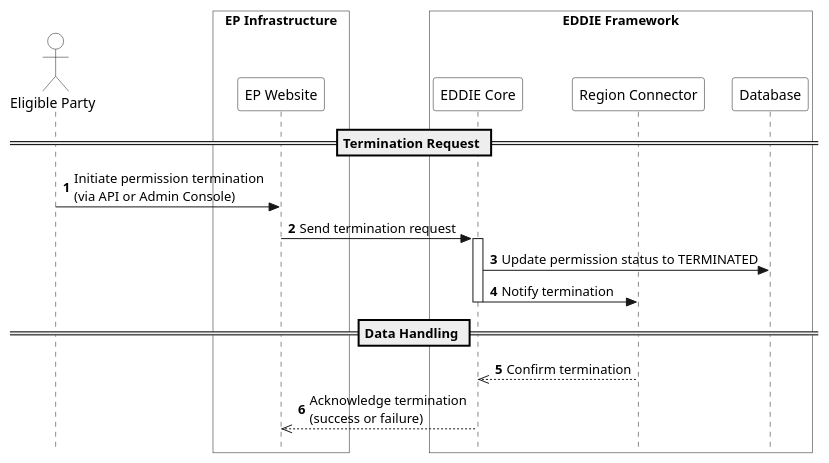
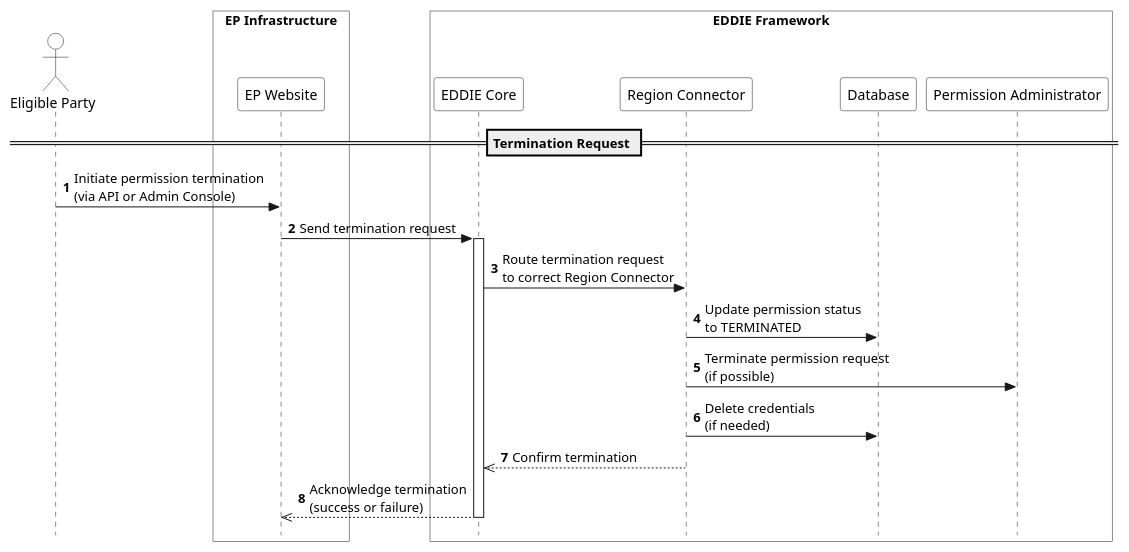
Before and after one commit to eddie-energy/architecture: the diagram in arc42/eddie-framework/runtime-view/figures/eddie-framework-terminate-permission.puml, drawn with PlantUML. The commit also changed 1 other file, not shown here.

```diff
--- a/arc42/eddie-framework/runtime-view/figures/eddie-framework-terminate-permission.puml
+++ b/arc42/eddie-framework/runtime-view/figures/eddie-framework-terminate-permission.puml
@@ -1,36 +1,37 @@
 @startuml eddie-framework-terminate-permission
 
 skinparam style strictuml
 skinparam sequence {
   ParticipantBackgroundColor transparent
   ActorBackgroundColor transparent
 }
 
 autonumber
 !pragma teoz true
 
 actor "Eligible Party" as ep
 
 box "EP Infrastructure" #transparent
   participant "EP Website" as epInterface
 end box
 
 box "EDDIE Framework" #transparent
   participant "EDDIE Core" as eddie
   participant "Region Connector" as rc
   participant "Database" as db
+  participant "Permission Administrator" as pa
 end box
 
 == Termination Request ==
 ep -> epInterface : Initiate permission termination\n(via API or Admin Console)
 epInterface -> eddie : Send termination request
 activate eddie
-eddie -> db : Update permission status to TERMINATED
-eddie -> rc : Notify termination
+eddie -> rc : Route termination request\nto correct Region Connector
+rc -> db : Update permission status\nto TERMINATED
+rc -> pa : Terminate permission request\n(if possible)
+rc -> db : Delete credentials\n(if needed)
+rc -->> eddie : Confirm termination
+eddie -->> epInterface : Acknowledge termination\n(success or failure)
 deactivate eddie
 
-== Data Handling ==
-rc -->> eddie : Confirm termination
-eddie -->> epInterface : Acknowledge termination\n(success or failure)
-
 @enduml
```
